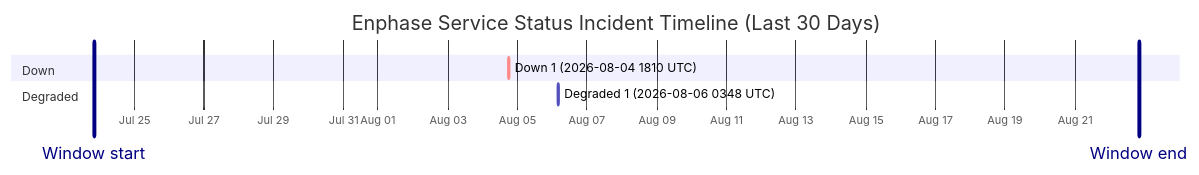
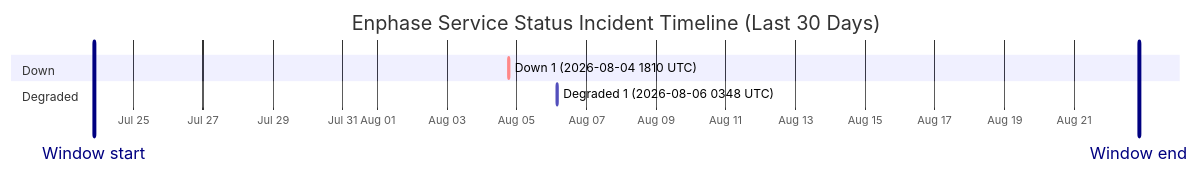
Before and after one commit to barneyonline/ha-enphase-energy: the diagram in wiki/Service-Status-History.md, drawn with Mermaid. The commit also changed other lines of this file and 3 other files, not shown here.

````diff
--- a/wiki/Service-Status-History.md
+++ b/wiki/Service-Status-History.md
@@ -14,12 +14,12 @@
 ```mermaid
 gantt
     title Enphase Service Status Incident Timeline (Last 30 Days)
     dateFormat  YYYY-MM-DDTHH:mm:ss
     axisFormat  %b %d
-    Window start :vert, window-start, 2026-07-23T20:19:47, 0ms
-    Window end :vert, window-end, 2026-08-22T20:19:47, 0ms
+    Window start :vert, window-start, 2026-07-23T20:48:10, 0ms
+    Window end :vert, window-end, 2026-08-22T20:48:10, 0ms
     section Down
     Down 1 (2026-08-04 1810 UTC) :crit, down-1, 2026-08-04T18:10:46, 60m
     section Degraded
     Degraded 1 (2026-08-06 0348 UTC) :active, degraded-1, 2026-08-06T03:48:14, 60m
 ```
````
